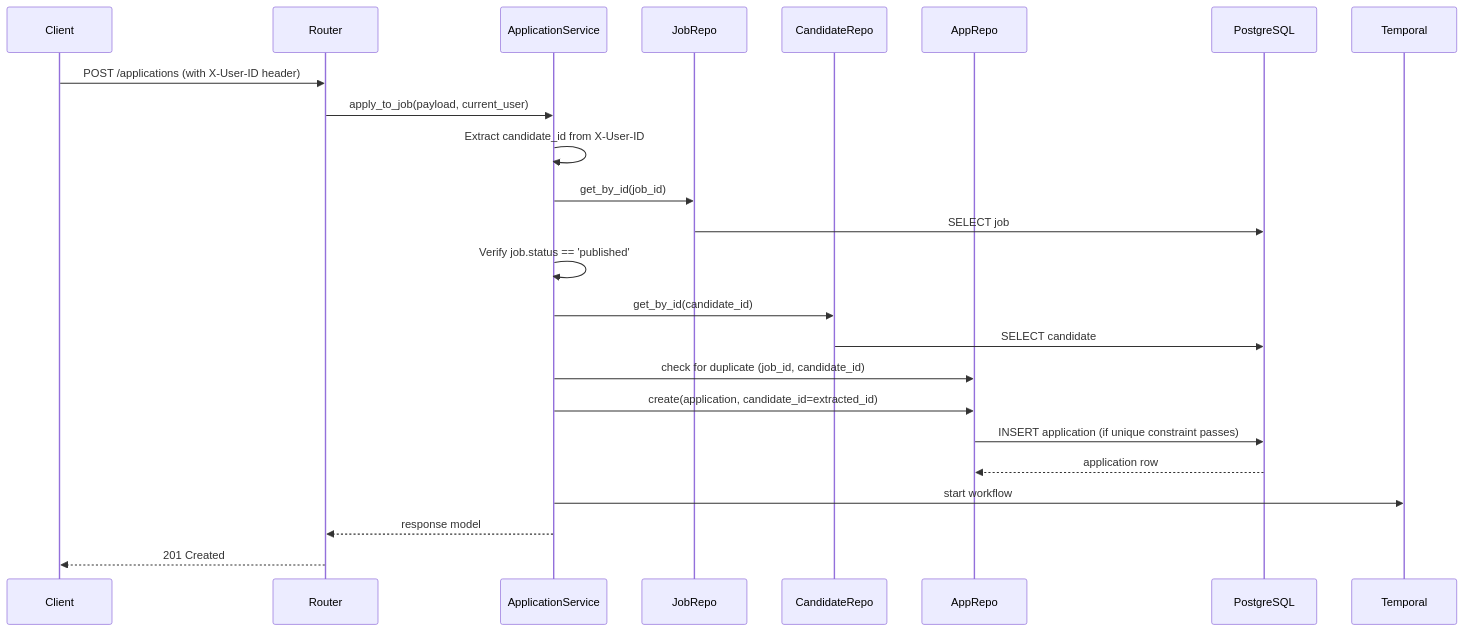
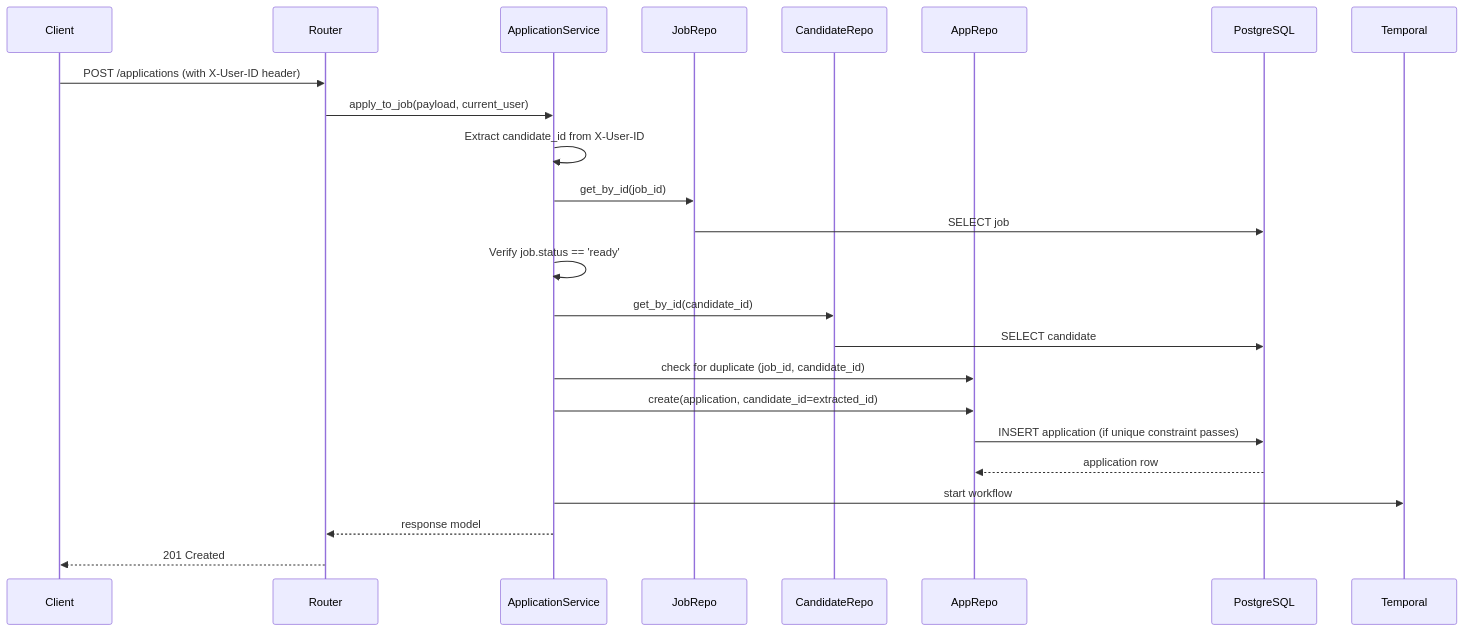
Before and after one commit to afnan-emumba/smart-hire: the fifth of 6 diagrams in docs/SERVICES.md, drawn with Mermaid. The commit also changed other lines of this file and 15 other files, not shown here.

````diff
--- a/docs/SERVICES.md
+++ b/docs/SERVICES.md
@@ -113,27 +138,27 @@
 ```mermaid
 sequenceDiagram
     participant Client
     participant Router
     participant Service as ApplicationService
     participant JobRepo
     participant CandidateRepo
     participant AppRepo
     participant DB as PostgreSQL
     participant Temporal
 
     Client->>Router: POST /applications (with X-User-ID header)
     Router->>Service: apply_to_job(payload, current_user)
     Service->>Service: Extract candidate_id from X-User-ID
     Service->>JobRepo: get_by_id(job_id)
     JobRepo->>DB: SELECT job
-    Service->>Service: Verify job.status == 'published'
+    Service->>Service: Verify job.status == 'ready'
     Service->>CandidateRepo: get_by_id(candidate_id)
     CandidateRepo->>DB: SELECT candidate
     Service->>AppRepo: check for duplicate (job_id, candidate_id)
     Service->>AppRepo: create(application, candidate_id=extracted_id)
     AppRepo->>DB: INSERT application (if unique constraint passes)
     DB-->>AppRepo: application row
     Service->>Temporal: start workflow
     Service-->>Router: response model
     Router-->>Client: 201 Created
 ```
````
